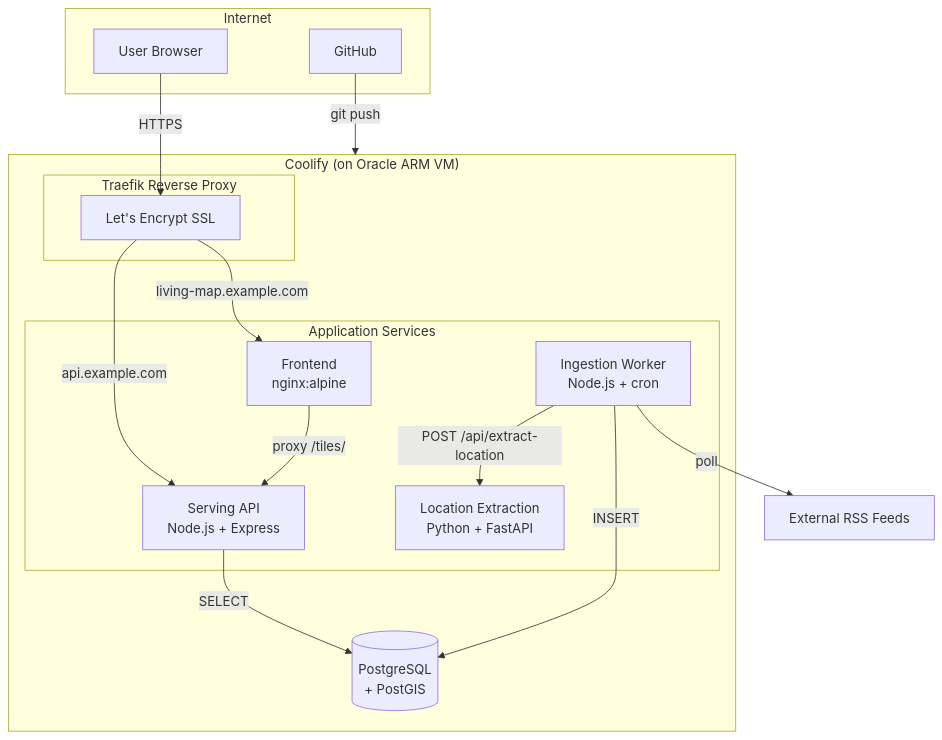
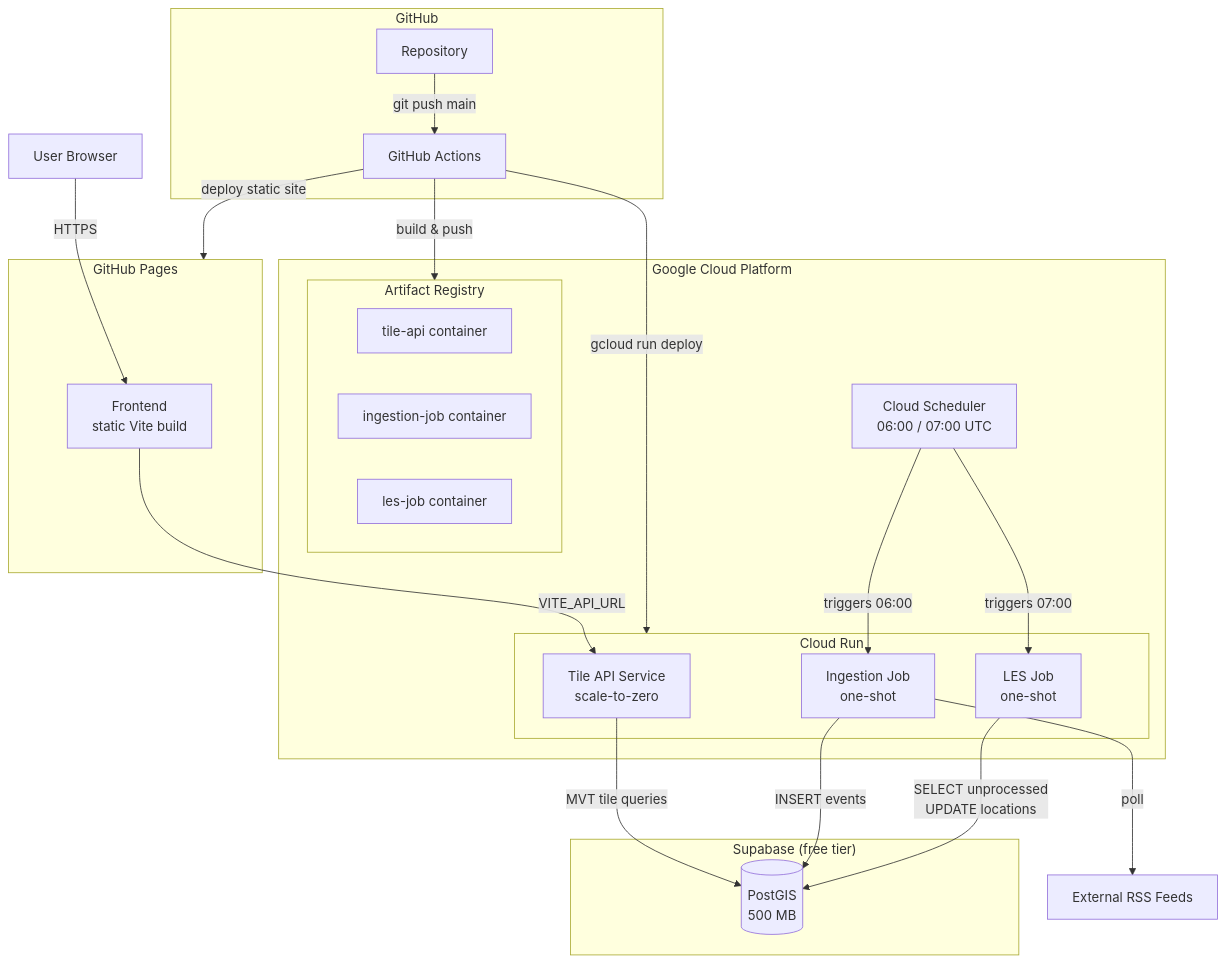
Before and after one commit to ConnectedWanderer/living-map: the first of 2 diagrams in docs/architecture/deployment.md, drawn with Mermaid. The commit also changed other lines of this file and 2 other files, not shown here.

````diff
--- a/docs/architecture/deployment.md
+++ b/docs/architecture/deployment.md
@@ -42,34 +75,46 @@
 ```mermaid
 flowchart TD
-    subgraph Internet["Internet"]
-        User[User Browser]
-        GitHub
+    subgraph GitHub["GitHub"]
+        Repo[Repository]
+        Actions[GitHub Actions]
     end
 
-    subgraph Coolify["Coolify (on Oracle ARM VM)"]
-        subgraph Proxy["Traefik Reverse Proxy"]
-            TLS[Let's Encrypt SSL]
+    subgraph GCP["Google Cloud Platform"]
+        subgraph ArtifactRegistry["Artifact Registry"]
+            TI[ tile-api container]
+            IJ[ ingestion-job container]
+            LJ[ les-job container]
         end
 
-        subgraph Services["Application Services"]
-            FE[Frontend<br/>nginx:alpine]
-            API[Serving API<br/>Node.js + Express]
-            IW[Ingestion Worker<br/>Node.js + cron]
-            LE[Location Extraction<br/>Python + FastAPI]
+        subgraph CloudRun["Cloud Run"]
+            Svc[Tile API Service<br/>scale-to-zero]
+            J1[Ingestion Job<br/>one-shot]
+            J2[LES Job<br/>one-shot]
         end
 
-        DB[(PostgreSQL<br/>+ PostGIS)]
+        CS[Cloud Scheduler<br/>06:00 / 07:00 UTC]
     end
 
-    User -->|HTTPS| TLS
-    TLS -->|living-map.example.com| FE
-    TLS -->|api.example.com| API
+    subgraph Supabase["Supabase (free tier)"]
+        DB[(PostGIS<br/>500 MB)]
+    end
 
-    FE -->|proxy /tiles/| API
-    API -->|SELECT| DB
-    IW -->|INSERT| DB
-    IW -->|POST /api/extract-location| LE
-    IW -->|poll| RSS[External RSS Feeds]
+    subgraph Pages["GitHub Pages"]
+        FE[Frontend<br/>static Vite build]
+    end
 
-    GitHub -->|git push| Coolify
+    User[User Browser] -->|HTTPS| FE
+    FE -->|VITE_API_URL| Svc
+
+    Svc -->|MVT tile queries| DB
+    CS -->|triggers 06:00| J1
+    CS -->|triggers 07:00| J2
+    J1 -->|INSERT events| DB
+    J1 -->|poll| RSS[External RSS Feeds]
+    J2 -->|SELECT unprocessed<br/>UPDATE locations| DB
+
+    Repo -->|git push main| Actions
+    Actions -->|build & push| ArtifactRegistry
+    Actions -->|gcloud run deploy| CloudRun
+    Actions -->|deploy static site| Pages
 ```
````
